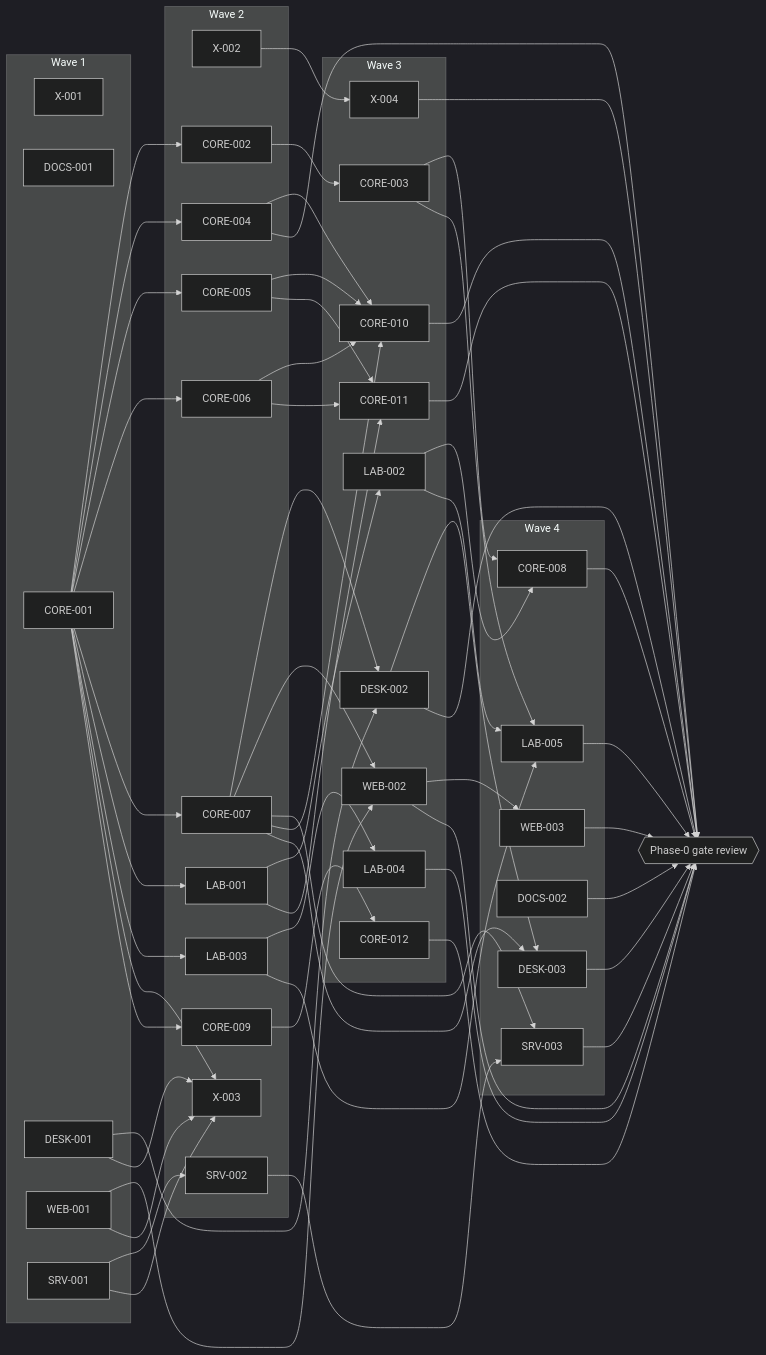
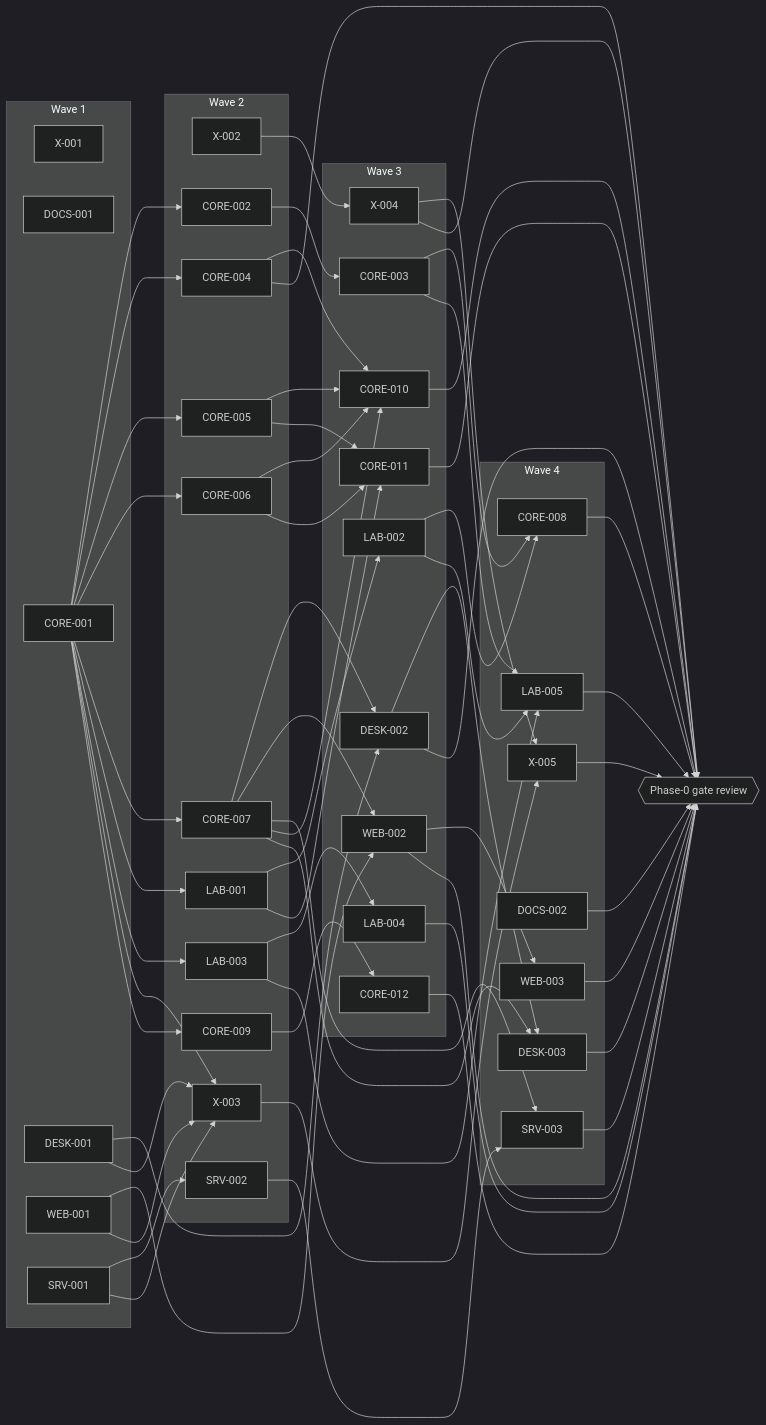
Before and after one commit to BayanDocs/docs: the diagram in plan/05-work-breakdown.md, drawn with Mermaid (dark theme). The commit also changed other lines of this file and 5 other files, not shown here.

````diff
--- a/plan/05-work-breakdown.md
+++ b/plan/05-work-breakdown.md
@@ -75,64 +76,67 @@
 ```mermaid
 flowchart LR
   subgraph W1["Wave 1"]
     X001[X-001]; DOCS001[DOCS-001]; CORE001[CORE-001]; DESK001[DESK-001]; WEB001[WEB-001]; SRV001[SRV-001]
   end
   subgraph W2["Wave 2"]
     X002[X-002]; X003[X-003]; CORE002[CORE-002]; CORE004[CORE-004]; CORE005[CORE-005]; CORE006[CORE-006]; CORE007[CORE-007]; LAB001[LAB-001]; LAB003[LAB-003]; SRV002[SRV-002]; CORE009[CORE-009]
   end
   subgraph W3["Wave 3"]
     CORE003[CORE-003]; LAB002[LAB-002]; LAB004[LAB-004]; DESK002[DESK-002]; WEB002[WEB-002]; CORE010[CORE-010]; CORE011[CORE-011]; CORE012[CORE-012]; X004[X-004]
   end
   subgraph W4["Wave 4"]
-    CORE008[CORE-008]; LAB005[LAB-005]; SRV003[SRV-003]; DOCS002[DOCS-002]; DESK003[DESK-003]; WEB003[WEB-003]
+    CORE008[CORE-008]; LAB005[LAB-005]; SRV003[SRV-003]; DOCS002[DOCS-002]; DESK003[DESK-003]; WEB003[WEB-003]; X005[X-005]
   end
   CORE001 --> CORE002 --> CORE003
   CORE001 --> CORE004
   CORE001 --> CORE005
   CORE001 --> CORE006
   CORE001 --> CORE007
   CORE001 --> LAB001 --> LAB002
   CORE001 --> LAB003 --> LAB004
   SRV001 --> SRV002 --> SRV003
   DESK001 --> DESK002
   WEB001 --> WEB002
   CORE007 --> DESK002
   CORE007 --> WEB002
   CORE007 --> SRV003
   CORE003 --> CORE008
   LAB002 --> CORE008
   LAB002 --> LAB005
   LAB003 --> LAB005
   CORE003 --> LAB005
   CORE001 --> X003
   SRV001 --> X003
   WEB001 --> X003
   DESK001 --> X003
   CORE001 --> CORE009 --> CORE012
   CORE004 --> CORE010
   CORE005 --> CORE010
   CORE006 --> CORE010
   CORE007 --> CORE010
   CORE005 --> CORE011
   CORE006 --> CORE011
   LAB001 --> CORE011
   X002 --> X004
+  X003 --> X005
+  X004 --> X005
   DESK002 --> DESK003
   CORE007 --> DESK003
   WEB002 --> WEB003
   GATE{{"Phase-0 gate review"}}
   CORE008 --> GATE
   LAB005 --> GATE
   SRV003 --> GATE
   DOCS002 --> GATE
   CORE004 --> GATE
   DESK002 --> GATE
   WEB002 --> GATE
   LAB004 --> GATE
   CORE010 --> GATE
   CORE011 --> GATE
   CORE012 --> GATE
   X004 --> GATE
   DESK003 --> GATE
   WEB003 --> GATE
+  X005 --> GATE
 ```
````
